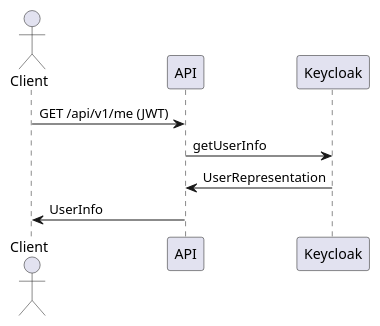
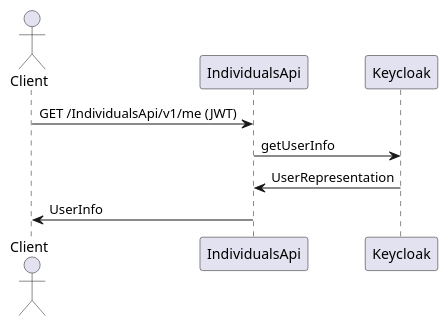
One commit to diamam90/payment-system changed the diagram in diagram/user-info.puml. Above: the diagram before and after it, drawn with PlantUML. The commit also changed 29 other files, not shown here.

```diff
--- a/diagram/user-info.puml
+++ b/diagram/user-info.puml
@@ -1,10 +1,10 @@
 @startuml
 actor Client
-participant API
+participant IndividualsApi
 participant Keycloak
 
-Client -> API: GET /api/v1/me (JWT)
-API -> Keycloak: getUserInfo
-Keycloak -> API: UserRepresentation
-API -> Client: UserInfo
+Client -> IndividualsApi: GET /IndividualsApi/v1/me (JWT)
+IndividualsApi -> Keycloak: getUserInfo
+Keycloak -> IndividualsApi: UserRepresentation
+IndividualsApi -> Client: UserInfo
 @enduml
```
